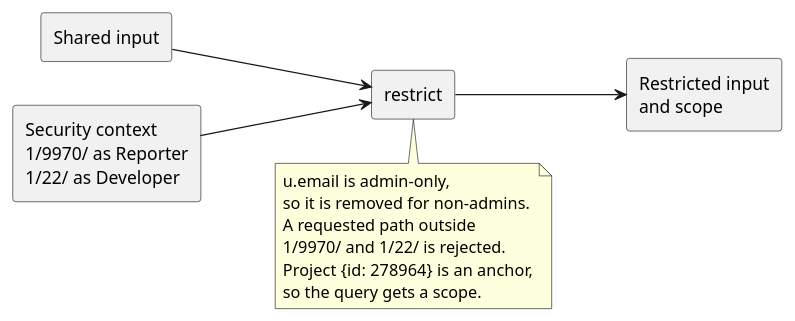
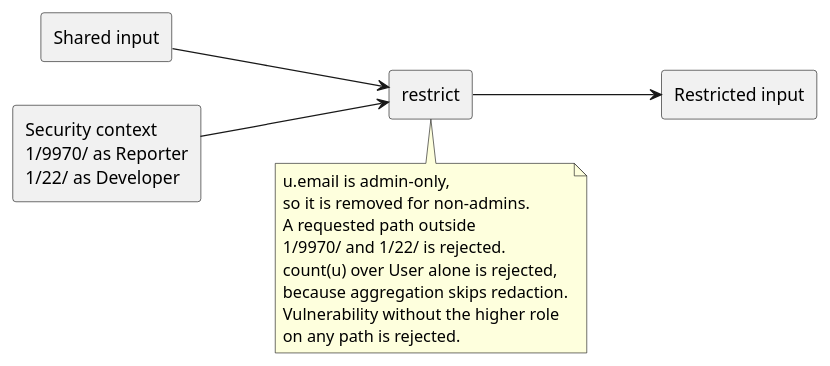
One commit to gitlabhq/orbit-knowledge-graph changed the eighth of 18 diagrams in docs/architecture/query-engine.md. Above: the diagram before and after it, drawn with PlantUML. The commit also changed other lines of this file, not shown here.

Commit message:
docs(architecture): match the engine page to the current compiler phase order

````diff
--- a/docs/architecture/query-engine.md
+++ b/docs/architecture/query-engine.md
@@ -490,22 +509,24 @@
 ```plantuml
 @startuml
 left to right direction
 skinparam componentStyle rectangle
 component "Shared input" as input
 component "Security context\n1/9970/ as Reporter\n1/22/ as Developer" as context
 component "restrict" as restrict
-component "Restricted input\nand scope" as output
+component "Restricted input" as output
 input --> restrict
 context --> restrict
 restrict --> output
 
 note bottom of restrict
   u.email is admin-only,
   so it is removed for non-admins.
   A requested path outside
   1/9970/ and 1/22/ is rejected.
-  Project {id: 278964} is an anchor,
-  so the query gets a scope.
+  count(u) over User alone is rejected,
+  because aggregation skips redaction.
+  Vulnerability without the higher role
+  on any path is rejected.
 end note
 @enduml
 ```
````
